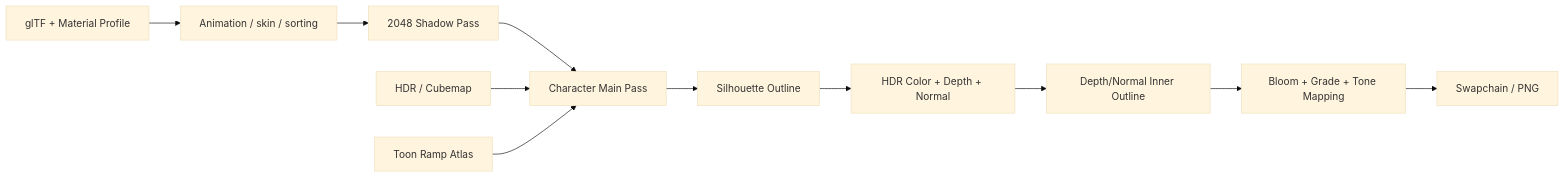
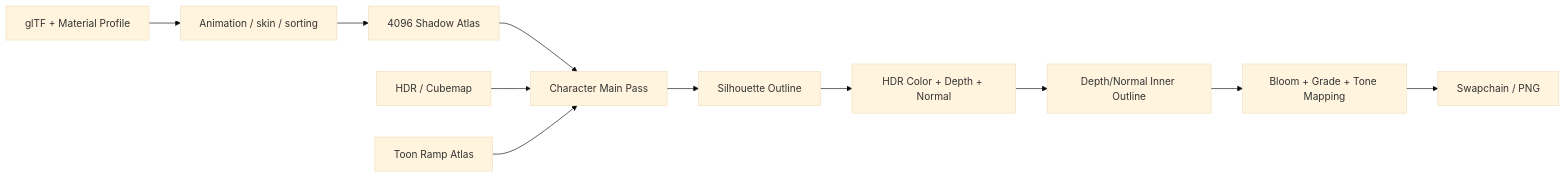
The diagram in Project/AzureRender/docs/character-rendering.md (Azuredusk026/AzureRender), drawn with Mermaid (base theme) before and after one commit. The commit also changed other lines of this file and 37 other files, not shown here.

````diff
--- a/Project/AzureRender/docs/character-rendering.md
+++ b/Project/AzureRender/docs/character-rendering.md
@@ -9,13 +9,13 @@
 ```mermaid
 flowchart LR
     Asset[glTF + Material Profile] --> CPU[Animation / skin / sorting]
-    CPU --> Shadow[2048 Shadow Pass]
+    CPU --> Shadow[4096 Shadow Atlas]
     Shadow --> Main[Character Main Pass]
     Env[HDR / Cubemap] --> Main
     Ramp[Toon Ramp Atlas] --> Main
     Main --> Shell[Silhouette Outline]
     Shell --> HDR[HDR Color + Depth + Normal]
     HDR --> Inner[Depth/Normal Inner Outline]
     Inner --> Post[Bloom + Grade + Tone Mapping]
     Post --> Output[Swapchain / PNG]
 ```
````
